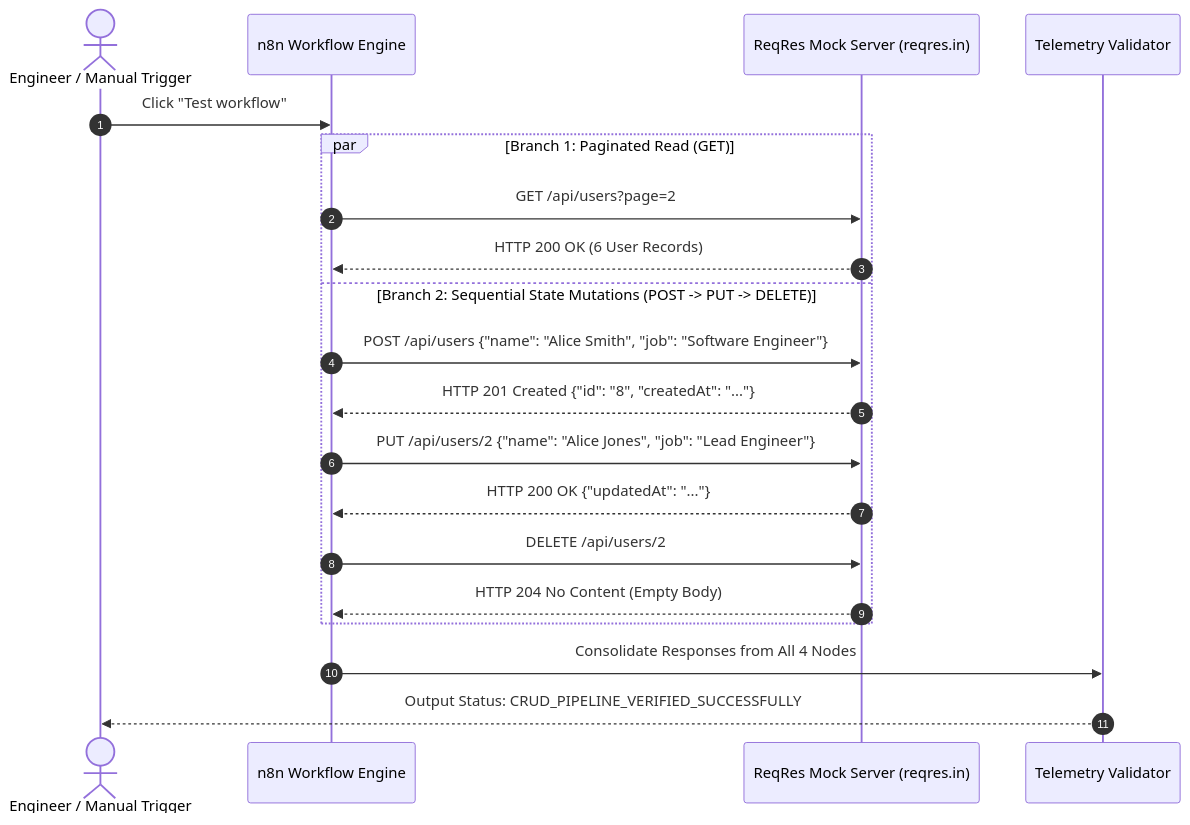
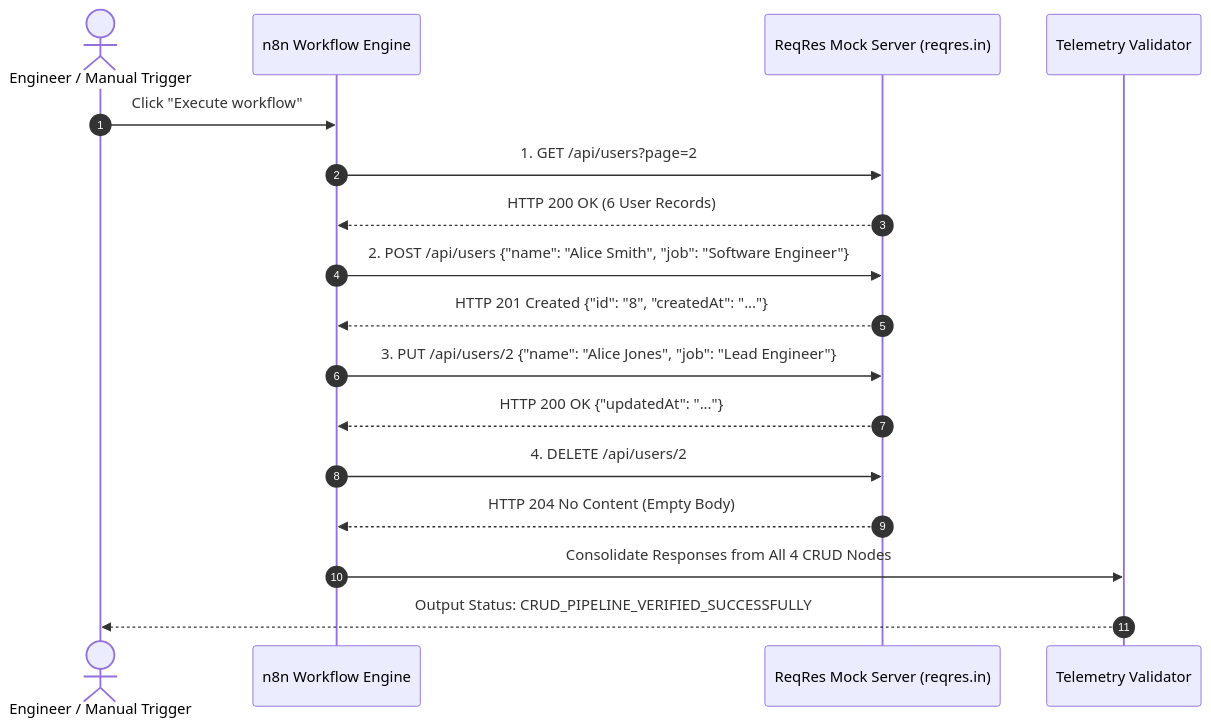
One commit to abhisheknikam3/topic-02-making-your-first-api-calls changed the diagram in README.md. Above: the diagram before and after it, drawn with Mermaid. The commit also changed other lines of this file, not shown here.

Commit message:
docs: update architecture diagrams for sequential workflow

````diff
--- a/README.md
+++ b/README.md
@@ -60,23 +58,20 @@
 ```mermaid
 sequenceDiagram
     autonumber
     actor Dev as Engineer / Manual Trigger
     participant n8n as n8n Workflow Engine
     participant API as ReqRes Mock Server (reqres.in)
     participant Telemetry as Telemetry Validator
 
-    Dev->>n8n: Click "Test workflow"
-    par Branch 1: Paginated Read (GET)
-        n8n->>API: GET /api/users?page=2
-        API-->>n8n: HTTP 200 OK (6 User Records)
-    and Branch 2: Sequential State Mutations (POST -> PUT -> DELETE)
-        n8n->>API: POST /api/users {"name": "Alice Smith", "job": "Software Engineer"}
-        API-->>n8n: HTTP 201 Created {"id": "8", "createdAt": "..."}
-        n8n->>API: PUT /api/users/2 {"name": "Alice Jones", "job": "Lead Engineer"}
-        API-->>n8n: HTTP 200 OK {"updatedAt": "..."}
-        n8n->>API: DELETE /api/users/2
-        API-->>n8n: HTTP 204 No Content (Empty Body)
-    end
-    n8n->>Telemetry: Consolidate Responses from All 4 Nodes
+    Dev->>n8n: Click "Execute workflow"
+    n8n->>API: 1. GET /api/users?page=2
+    API-->>n8n: HTTP 200 OK (6 User Records)
+    n8n->>API: 2. POST /api/users {"name": "Alice Smith", "job": "Software Engineer"}
+    API-->>n8n: HTTP 201 Created {"id": "8", "createdAt": "..."}
+    n8n->>API: 3. PUT /api/users/2 {"name": "Alice Jones", "job": "Lead Engineer"}
+    API-->>n8n: HTTP 200 OK {"updatedAt": "..."}
+    n8n->>API: 4. DELETE /api/users/2
+    API-->>n8n: HTTP 204 No Content (Empty Body)
+    n8n->>Telemetry: Consolidate Responses from All 4 CRUD Nodes
     Telemetry-->>Dev: Output Status: CRUD_PIPELINE_VERIFIED_SUCCESSFULLY
 ```
````
